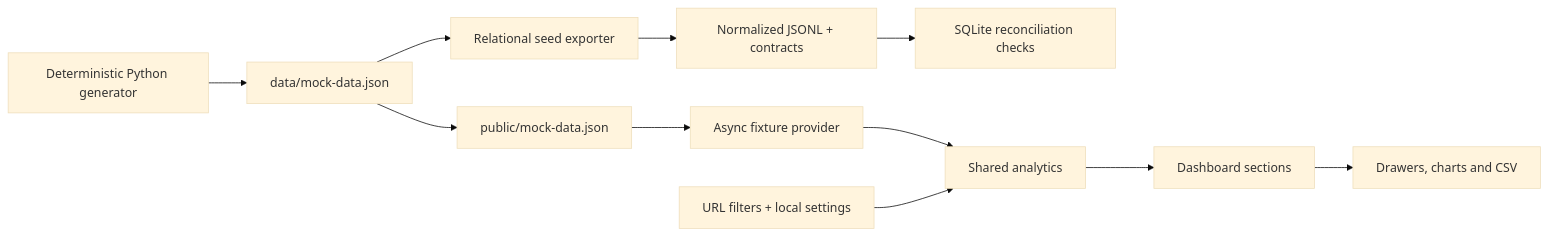
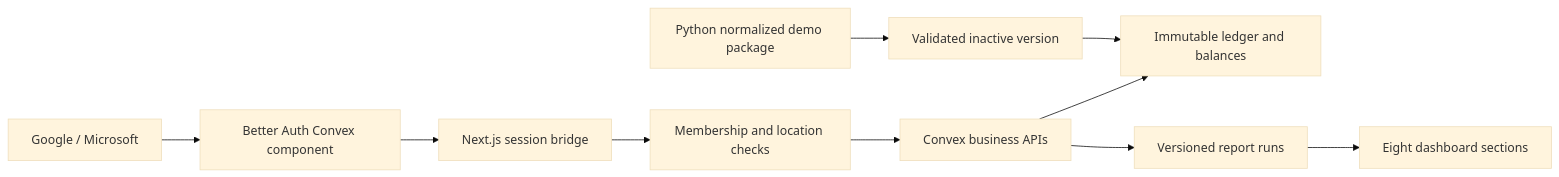
Before and after one commit to thomasjv799/LoomInventory: the diagram in docs/code-architecture.md, drawn with Mermaid (base theme). The commit also changed other lines of this file and 99 other files, not shown here.

Commit message:
feat: add Convex inventory backend and Better Auth dashboard integration

````diff
--- a/docs/code-architecture.md
+++ b/docs/code-architecture.md
@@ -5,13 +5,12 @@
 ```mermaid
 flowchart LR
-    G[Deterministic Python generator] --> F[data/mock-data.json]
-    F --> P[public/mock-data.json]
-    F --> E[Relational seed exporter]
-    E --> J[Normalized JSONL + contracts]
-    J --> V[SQLite reconciliation checks]
-    P --> A[Async fixture provider]
-    A --> C[Shared analytics]
-    C --> D[Dashboard sections]
-    U[URL filters + local settings] --> C
-    D --> X[Drawers, charts and CSV]
+    A[Google / Microsoft] --> B[Better Auth Convex component]
+    B --> C[Next.js session bridge]
+    C --> D[Membership and location checks]
+    D --> E[Convex business APIs]
+    E --> F[Immutable ledger and balances]
+    E --> G[Versioned report runs]
+    G --> H[Eight dashboard sections]
+    P[Python normalized demo package] --> I[Validated inactive version]
+    I --> F
 ```
````
